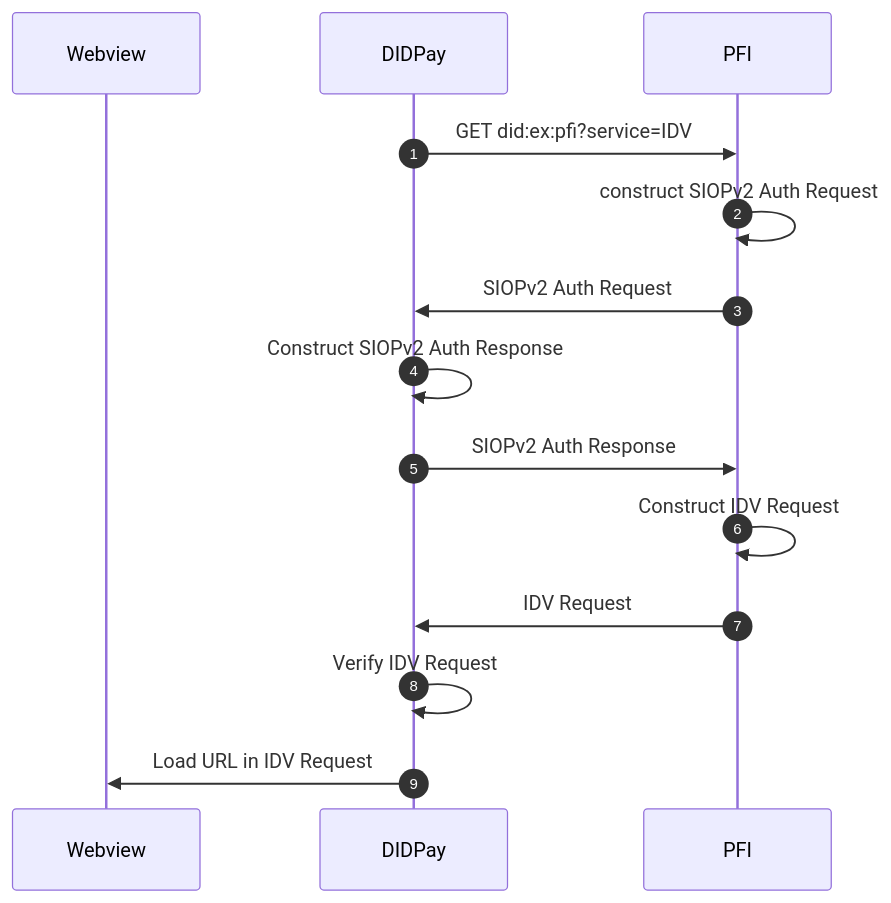
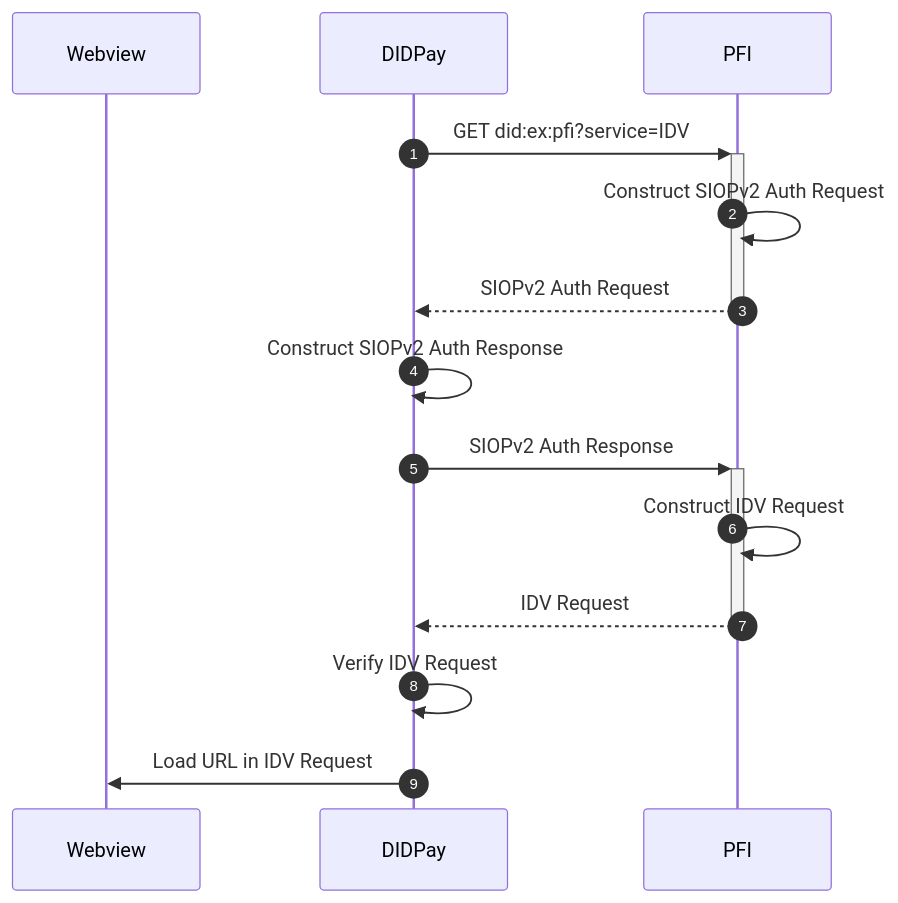
One commit to TBD54566975/known-customer-credential changed the first of 4 diagrams in README.md. Above: the diagram before and after it, drawn with Mermaid. The commit also changed other lines of this file, not shown here.

Commit message:
Bring Initiating IDV Flow section up to date

````diff
--- a/README.md
+++ b/README.md
@@ -157,18 +161,18 @@
 ```mermaid
 sequenceDiagram
 autonumber
 
 participant W as Webview
 participant D as DIDPay
 participant P as PFI
 
-D->>P: GET did:ex:pfi?service=IDV
-P->>P: construct SIOPv2 Auth Request
-P->>D: SIOPv2 Auth Request
+D->>+P: GET did:ex:pfi?service=IDV
+P->>P: Construct SIOPv2 Auth Request
+P-->>-D: SIOPv2 Auth Request
 D->>D: Construct SIOPv2 Auth Response
-D->>P: SIOPv2 Auth Response
+D->>+P: SIOPv2 Auth Response
 P->>P: Construct IDV Request
-P->>D: IDV Request
+P-->>-D: IDV Request
 D->>D: Verify IDV Request
 D->>W: Load URL in IDV Request
 ```
````
